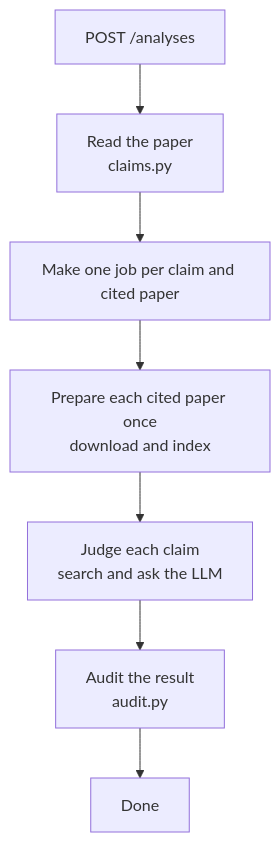
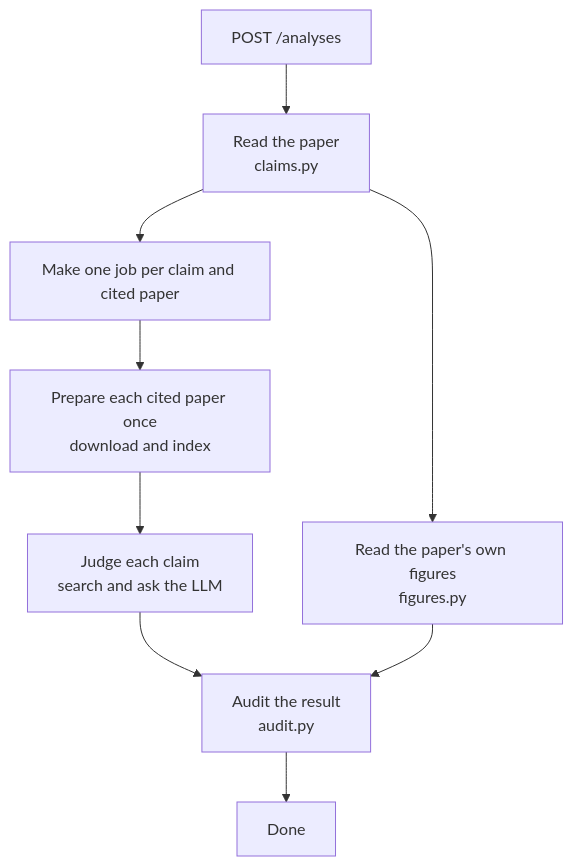
Before and after one commit to ZenithGeeks/SecretSource-prototype: the second of 4 diagrams in ARCHITECTURE.md, drawn with Mermaid. The commit also changed other lines of this file and 9 other files, not shown here.

First line of the commit message:
feat(SCRUM-159): show the analysed paper's own figures from a claim's sentence

````diff
--- a/ARCHITECTURE.md
+++ b/ARCHITECTURE.md
@@ -46,9 +46,11 @@
 ```mermaid
 flowchart TD
     A["POST /analyses"] --> B["Read the paper<br/>claims.py"]
     B --> C["Make one job per claim and cited paper"]
     C --> D["Prepare each cited paper once<br/>download and index"]
     D --> E["Judge each claim<br/>search and ask the LLM"]
+    B --> P["Read the paper's own figures<br/>figures.py"]
     E --> F["Audit the result<br/>audit.py"]
+    P --> F
     F --> G["Done"]
 ```
````
